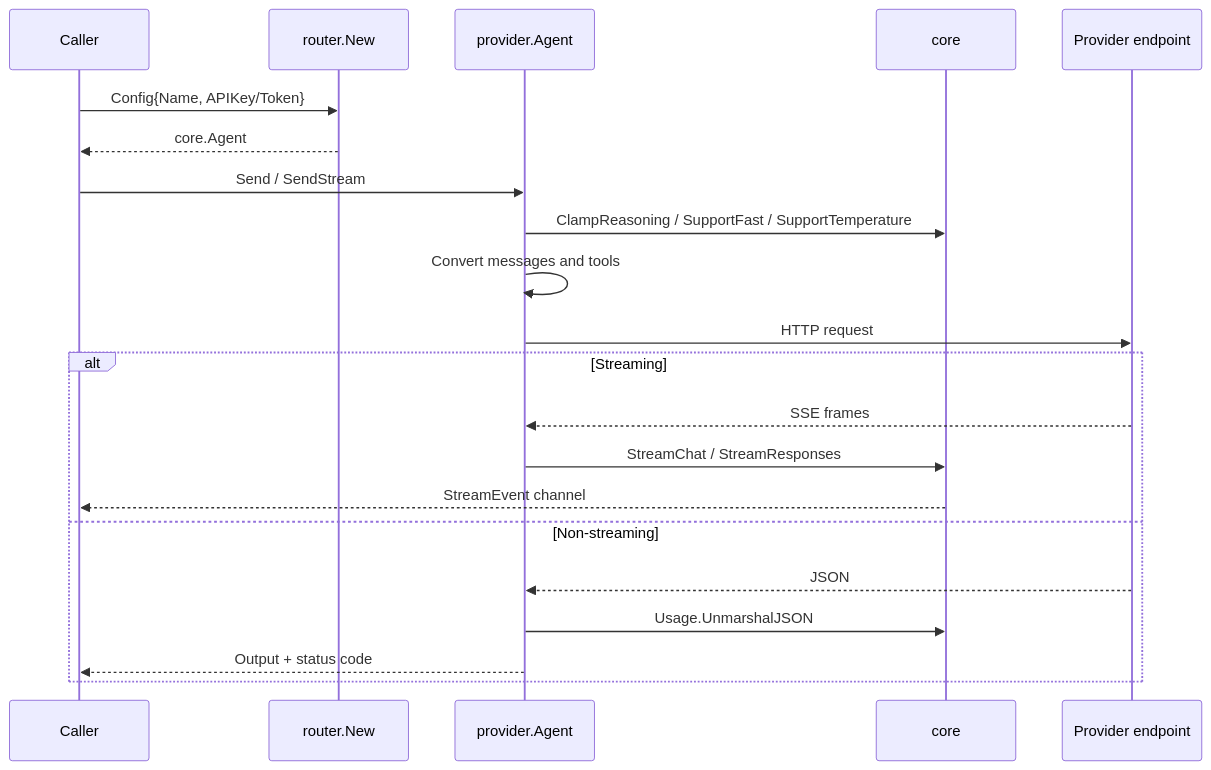
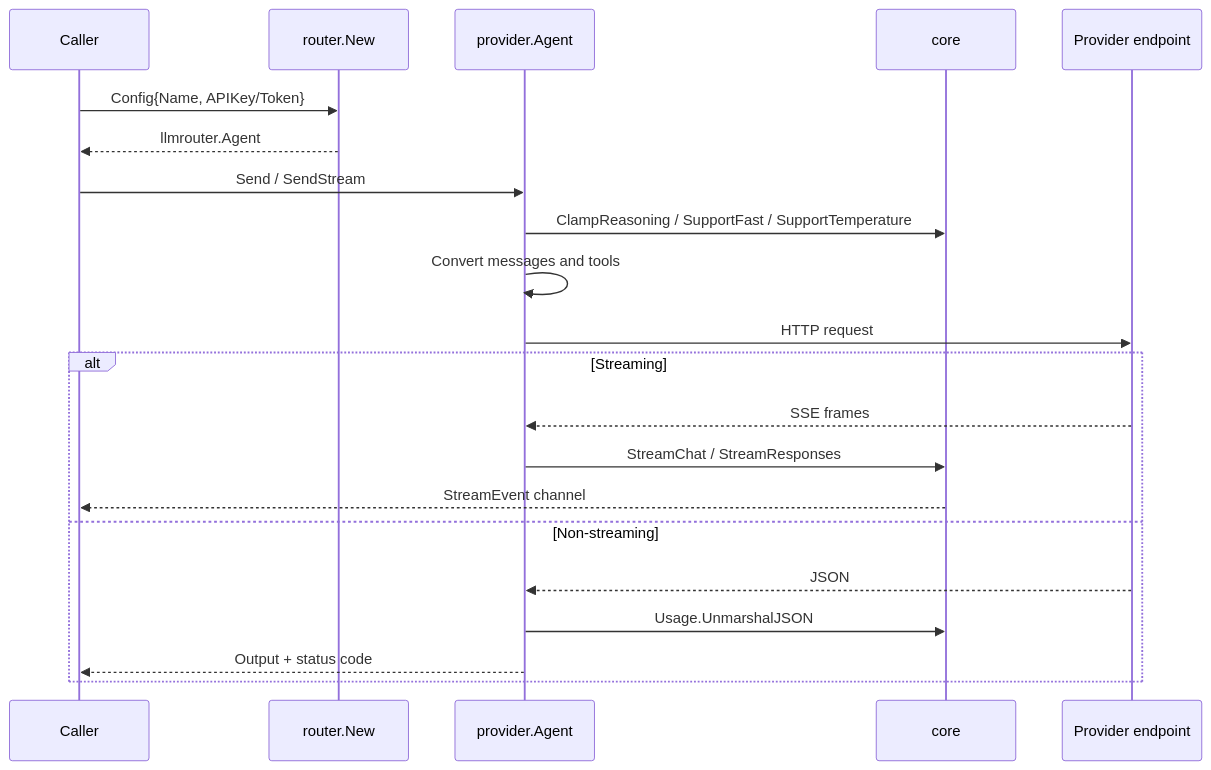
One commit to pardnchiu/go-llm-router changed the ninth of 11 diagrams in doc/architecture.md. Above: the diagram before and after it, drawn with Mermaid. The commit also changed other lines of this file and 103 other files, not shown here.

Commit message:
chore: Rename package core to llmrouter, callers must update identifiers

````diff
--- a/doc/architecture.md
+++ b/doc/architecture.md
@@ -197,24 +197,24 @@
 ```mermaid
 sequenceDiagram
     participant Caller
     participant Router as router.New
     participant Agent as provider.Agent
     participant Core as core
     participant API as Provider endpoint
 
     Caller->>Router: Config{Name, APIKey/Token}
-    Router-->>Caller: core.Agent
+    Router-->>Caller: llmrouter.Agent
     Caller->>Agent: Send / SendStream
     Agent->>Core: ClampReasoning / SupportFast / SupportTemperature
     Agent->>Agent: Convert messages and tools
     Agent->>API: HTTP request
     alt Streaming
         API-->>Agent: SSE frames
         Agent->>Core: StreamChat / StreamResponses
         Core-->>Caller: StreamEvent channel
     else Non-streaming
         API-->>Agent: JSON
         Agent->>Core: Usage.UnmarshalJSON
         Agent-->>Caller: Output + status code
     end
 ```
````
